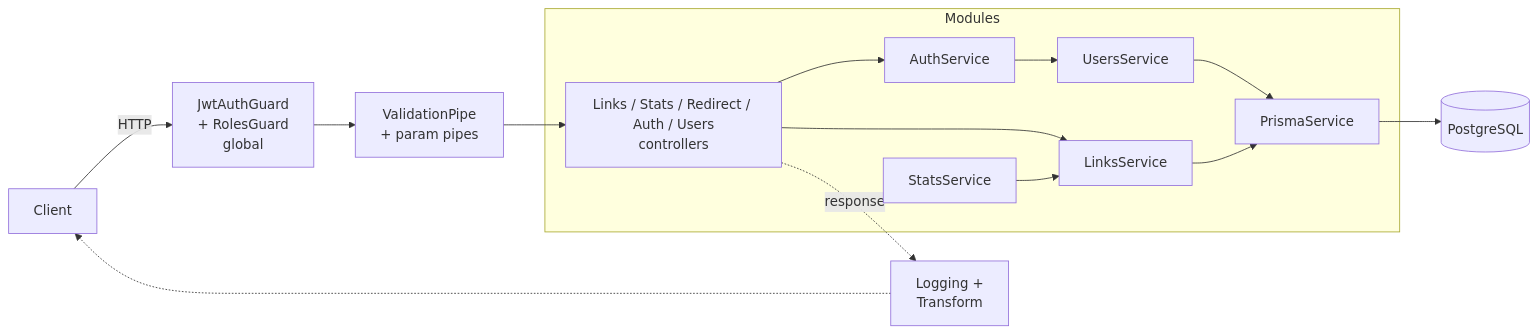
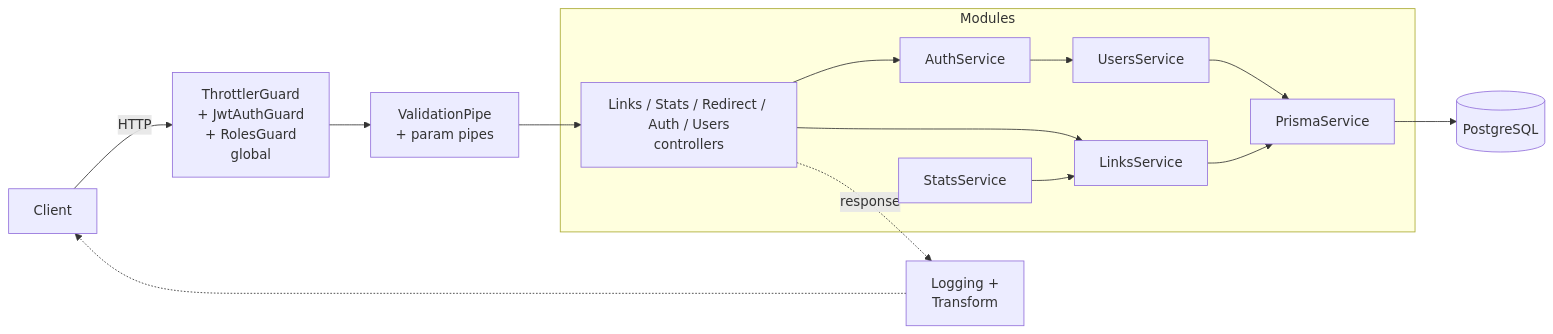
The first of 2 diagrams in README.md (huseyincansoylu/shortlink-api), drawn with Mermaid before and after one commit. The commit also changed other lines of this file and 7 other files, not shown here.

````diff
--- a/README.md
+++ b/README.md
@@ -26,15 +27,15 @@
 ```mermaid
 flowchart LR
-    Client -->|HTTP| Guard[JwtAuthGuard<br/>+ RolesGuard<br/>global]
+    Client -->|HTTP| Guard[ThrottlerGuard<br/>+ JwtAuthGuard<br/>+ RolesGuard<br/>global]
     Guard --> Pipes[ValidationPipe<br/>+ param pipes]
     Pipes --> Controllers
     subgraph Modules
         Controllers[Links / Stats / Redirect / Auth / Users<br/>controllers] --> LinksService
         Controllers --> AuthService --> UsersService --> PrismaService
         StatsService --> LinksService
         LinksService --> PrismaService
     end
     PrismaService --> DB[(PostgreSQL)]
     Controllers -.->|response| Interceptors[Logging +<br/>Transform]
     Interceptors -.-> Client
 ```
````
